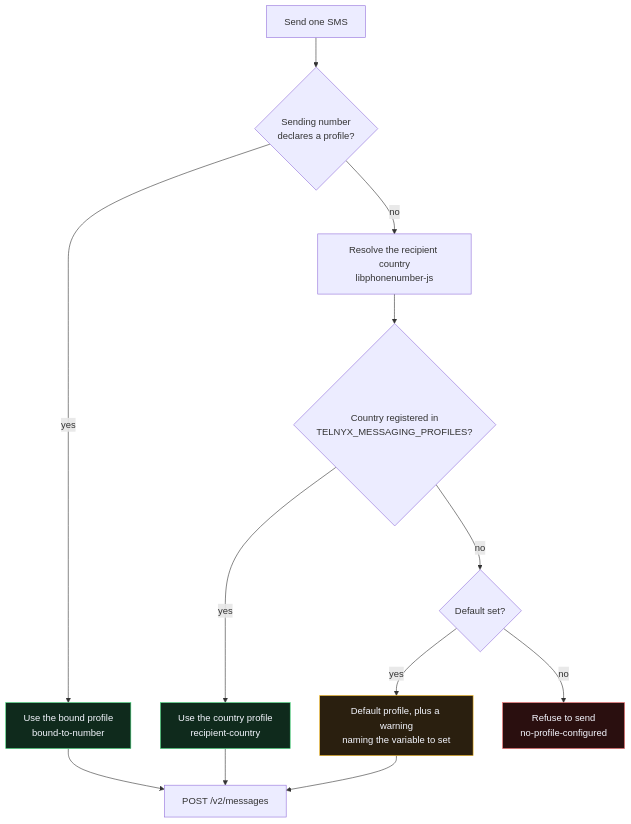
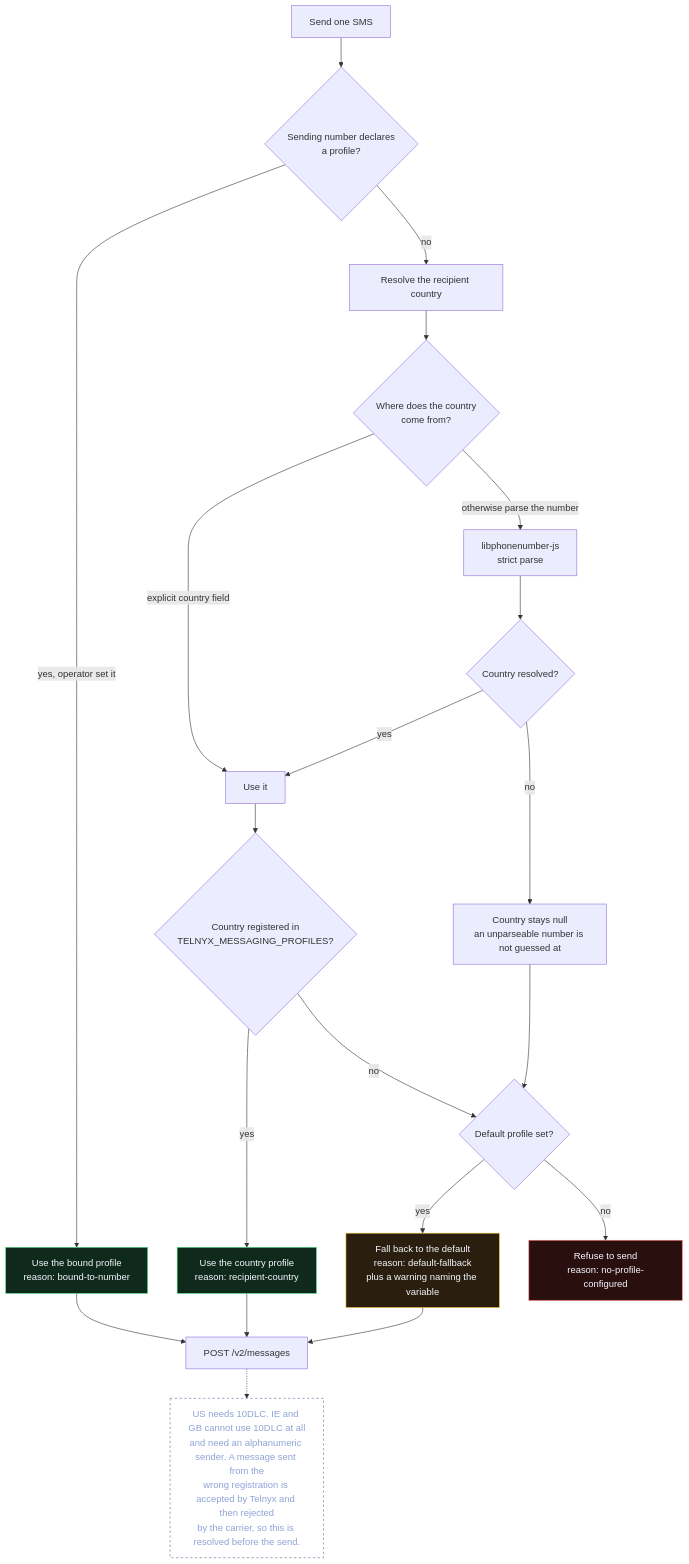
The second of 3 diagrams in README.md (matthewdonsemail-lab/blaster), drawn with Mermaid before and after one commit. The commit also changed other lines of this file and 20 other files, not shown here.

First line of the commit message:
docs: diagram every entry surface and gate the diagrams

````diff
--- a/README.md
+++ b/README.md
@@ -461,21 +542,35 @@
 ```mermaid
 flowchart TD
-  START["Send one SMS"] --> BOUND{"Sending number<br/>declares a profile?"}
-  BOUND -- "yes" --> BOUNDWIN["Use the bound profile<br/>bound-to-number"]
-  BOUND -- "no" --> PARSE["Resolve the recipient country<br/>libphonenumber-js"]
-  PARSE --> MAP{"Country registered in<br/>TELNYX_MESSAGING_PROFILES?"}
-  MAP -- "yes" --> HIT["Use the country profile<br/>recipient-country"]
-  MAP -- "no" --> DEFAULT{"Default set?"}
-  DEFAULT -- "yes" --> WARN["Default profile, plus a warning<br/>naming the variable to set"]
-  DEFAULT -- "no" --> NONE["Refuse to send<br/>no-profile-configured"]
-  BOUNDWIN --> SEND["POST /v2/messages"]
-  HIT --> SEND
-  WARN --> SEND
+  START["Send one SMS"] --> BOUND{"Sending number declares<br/>a profile?"}
+  BOUND -- "yes, operator set it" --> BOUNDWIN["Use the bound profile<br/>reason: bound-to-number"]
+  BOUND -- "no" --> PARSE["Resolve the recipient country"]
 
+  PARSE --> SRC{"Where does the country<br/>come from?"}
+  SRC -- "explicit country field" --> USEC["Use it"]
+  SRC -- "otherwise parse the number" --> NUM["libphonenumber-js<br/>strict parse"]
+  NUM --> RES{"Country resolved?"}
+  RES -- "no" --> UNRES["Country stays null<br/>an unparseable number is not guessed at"]
+  RES -- "yes" --> USEC
+  USEC --> MAP{"Country registered in<br/>TELNYX_MESSAGING_PROFILES?"}
+
+  MAP -- "yes" --> HIT["Use the country profile<br/>reason: recipient-country"]
+  MAP -- "no" --> DEFAULT{"Default profile set?"}
+  DEFAULT -- "yes" --> WARN["Fall back to the default<br/>reason: default-fallback<br/>plus a warning naming the variable"]
+  DEFAULT -- "no" --> NONE["Refuse to send<br/>reason: no-profile-configured"]
+
+  BOUNDWIN --> DONE["POST /v2/messages"]
+  HIT --> DONE
+  WARN --> DONE
+  UNRES --> DEFAULT
+
+  NOTE["US needs 10DLC. IE and GB cannot use 10DLC at all<br/>and need an alphanumeric sender. A message sent from the<br/>wrong registration is accepted by Telnyx and then rejected<br/>by the carrier, so this is resolved before the send."]:::note
+  DONE -.-> NOTE
+
+  classDef note fill:none,stroke:#5f6f96,stroke-dasharray:4 4,color:#8ea3d6
   classDef good fill:#0f2a1c,stroke:#4ade80,color:#f5f7ff
   classDef warn fill:#2a1f0f,stroke:#fbbf24,color:#f5f7ff
   classDef stop fill:#2a0f0f,stroke:#f87171,color:#f5f7ff
   class HIT,BOUNDWIN good
   class WARN warn
   class NONE stop
 ```
````
